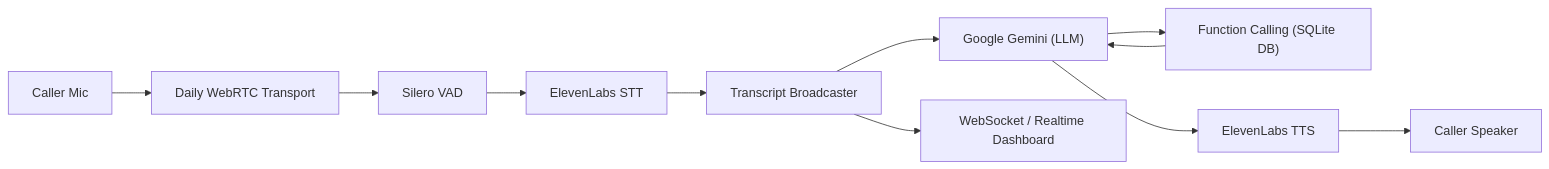
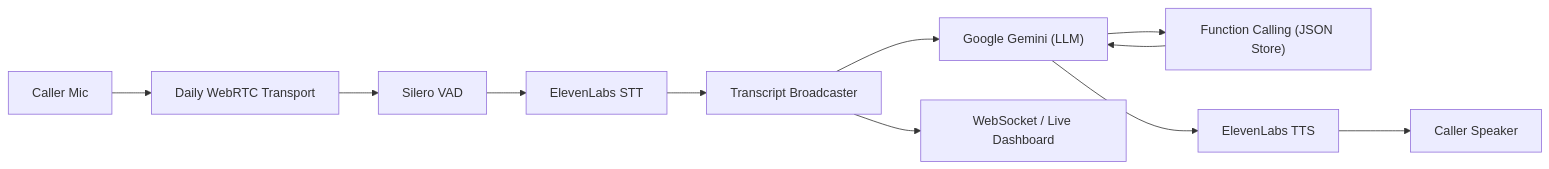
The diagram in README.md (VenuTeja22/clinic-voice-agent), drawn with Mermaid before and after one commit. The commit also changed other lines of this file and 22 other files, not shown here.

````diff
--- a/README.md
+++ b/README.md
@@ -9,13 +9,13 @@
 ```mermaid
 flowchart LR
     Caller["Caller Mic"] --> Daily["Daily WebRTC Transport"]
     Daily --> VAD["Silero VAD"]
     VAD --> STT["ElevenLabs STT"]
     STT --> Broadcaster["Transcript Broadcaster"]
     Broadcaster --> LLM["Google Gemini (LLM)"]
-    LLM --> Tools["Function Calling (SQLite DB)"]
+    LLM --> Tools["Function Calling (JSON Store)"]
     Tools --> LLM
     LLM --> TTS["ElevenLabs TTS"]
     TTS --> Speaker["Caller Speaker"]
-    Broadcaster --> WS["WebSocket / Realtime Dashboard"]
+    Broadcaster --> WS["WebSocket / Live Dashboard"]
 ```
````
